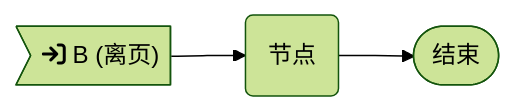
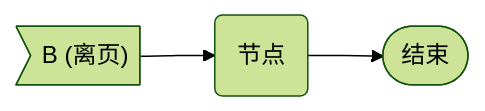
The second of 20 diagrams in released/demo/chart.md (MadMaxChow/VLOOK), drawn with Mermaid (forest theme) before and after one commit. The commit also changed other lines of this file and 135 other files, not shown here.

````diff
--- a/released/demo/chart.md
+++ b/released/demo/chart.md
@@ -81,4 +81,4 @@
 ```mermaid
 flowchart LR
-outpage2>"fa:fa-sign-in B (离页)"] --> node2(节点) --> END([结束])
+outpage2>"B (离页)"] --> node2(节点) --> END([结束])
 ```
````
